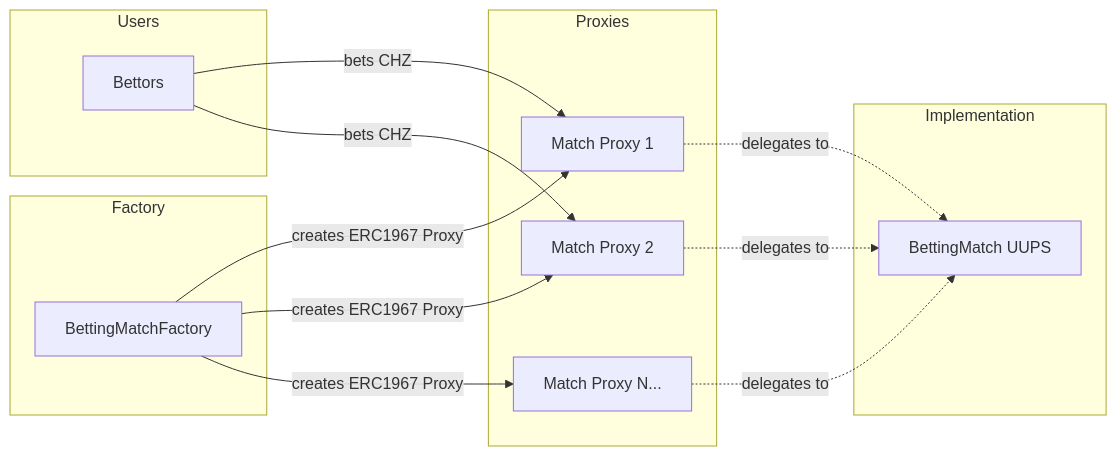
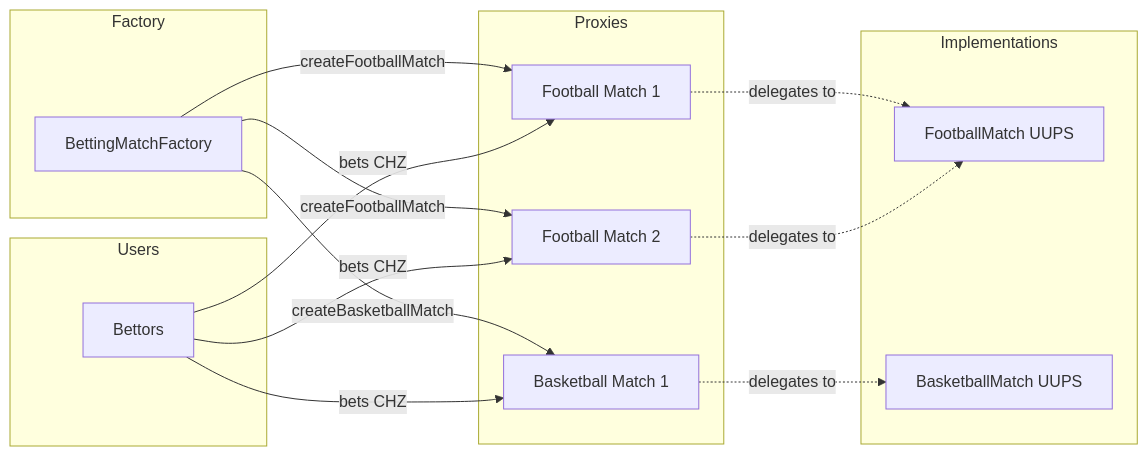
The first of 2 diagrams in chiliz-tv/docs/src/README.md (ChilizTV/smart-contracts), drawn with Mermaid before and after one commit. The commit also changed other lines of this file and 19 other files, not shown here.

````diff
--- a/chiliz-tv/docs/src/README.md
+++ b/chiliz-tv/docs/src/README.md
@@ -23,31 +23,33 @@
 ```mermaid
 flowchart LR
     subgraph Factory
         BMF[BettingMatchFactory]
     end
     
-    subgraph Implementation
-        BM[BettingMatch UUPS]
+    subgraph Implementations
+        FM[FootballMatch UUPS]
+        BM[BasketballMatch UUPS]
     end
     
     subgraph Proxies
-        P1[Match Proxy 1]
-        P2[Match Proxy 2]
-        P3[Match Proxy N...]
+        P1[Football Match 1]
+        P2[Football Match 2]
+        P3[Basketball Match 1]
     end
     
     subgraph Users
         U[Bettors]
     end
     
-    BMF -->|creates ERC1967 Proxy| P1
-    BMF -->|creates ERC1967 Proxy| P2
-    BMF -->|creates ERC1967 Proxy| P3
+    BMF -->|createFootballMatch| P1
+    BMF -->|createFootballMatch| P2
+    BMF -->|createBasketballMatch| P3
     
-    P1 -.->|delegates to| BM
-    P2 -.->|delegates to| BM
+    P1 -.->|delegates to| FM
+    P2 -.->|delegates to| FM
     P3 -.->|delegates to| BM
     
     U -->|bets CHZ| P1
     U -->|bets CHZ| P2
+    U -->|bets CHZ| P3
 ```
````
